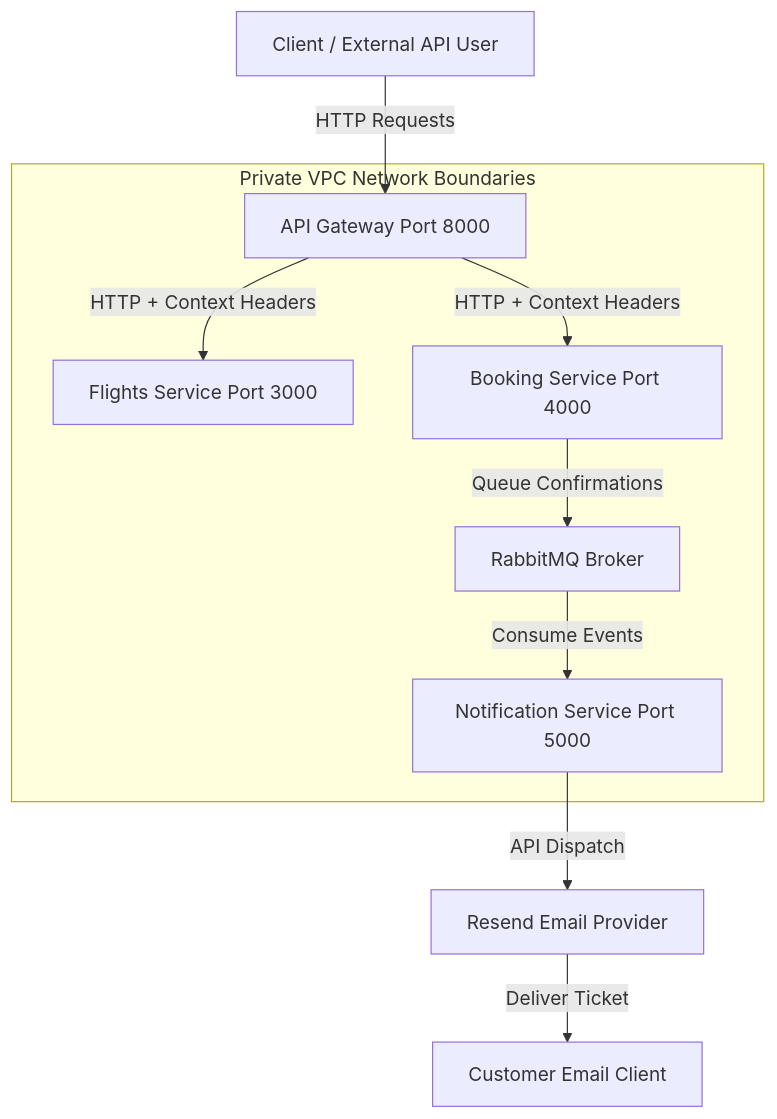
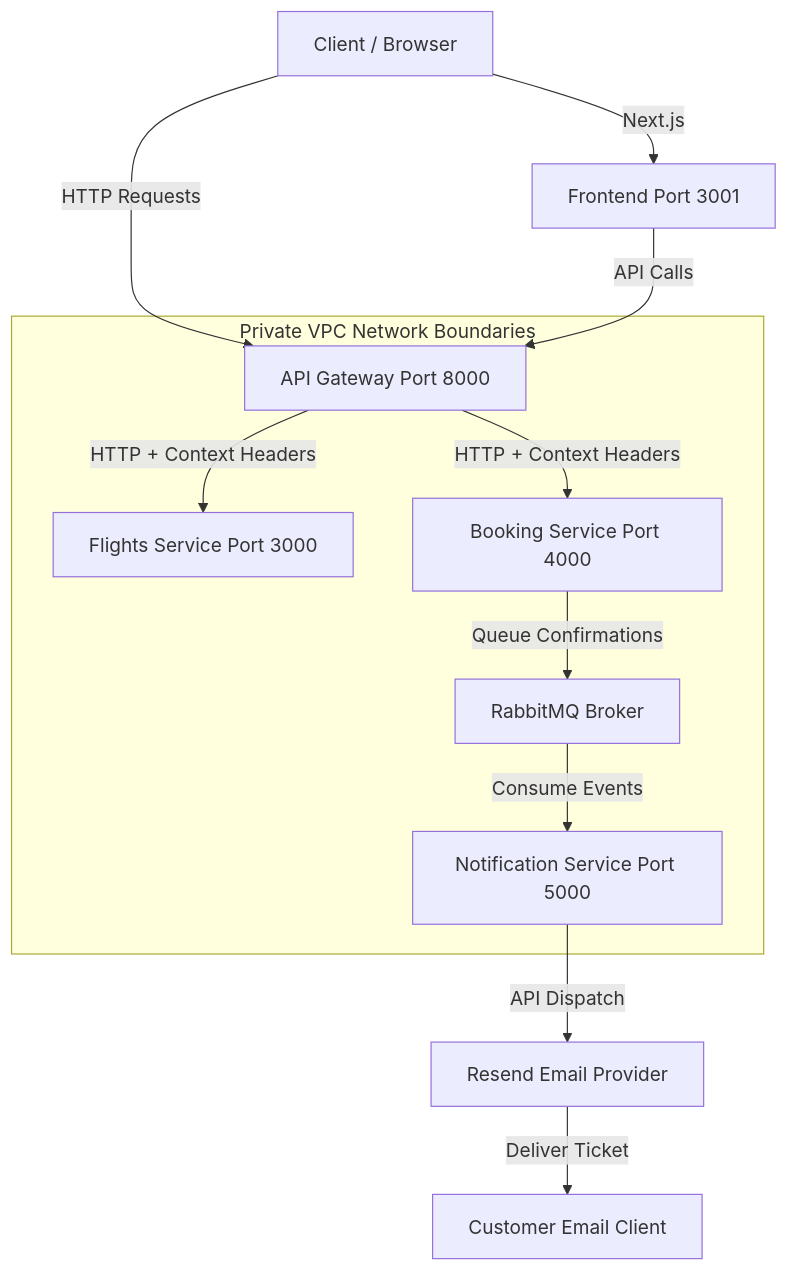
One commit to Sutanu01/AirEasy changed the diagram in README.md. Above: the diagram before and after it, drawn with Mermaid. The commit also changed other lines of this file and 66 other files, not shown here.

````diff
--- a/README.md
+++ b/README.md
@@ -13,15 +13,17 @@
 ```mermaid
 graph TD
-    Client[Client / External API User] -->|HTTP Requests| Gateway[API Gateway Port 8000]
-    
+    Client[Client / Browser] -->|HTTP Requests| Gateway[API Gateway Port 8000]
+    Client -->|Next.js| Frontend[Frontend Port 3001]
+    Frontend -->|API Calls| Gateway
+
     subgraph Private VPC Network Boundaries
         Gateway -->|HTTP + Context Headers| Flights[Flights Service Port 3000]
         Gateway -->|HTTP + Context Headers| Booking[Booking Service Port 4000]
-        
+
         Booking -->|Queue Confirmations| Broker[RabbitMQ Broker]
         Broker -->|Consume Events| Notification[Notification Service Port 5000]
     end
 
     Notification -->|API Dispatch| Resend[Resend Email Provider]
     Resend -->|Deliver Ticket| Inbox[Customer Email Client]
 ```
````
